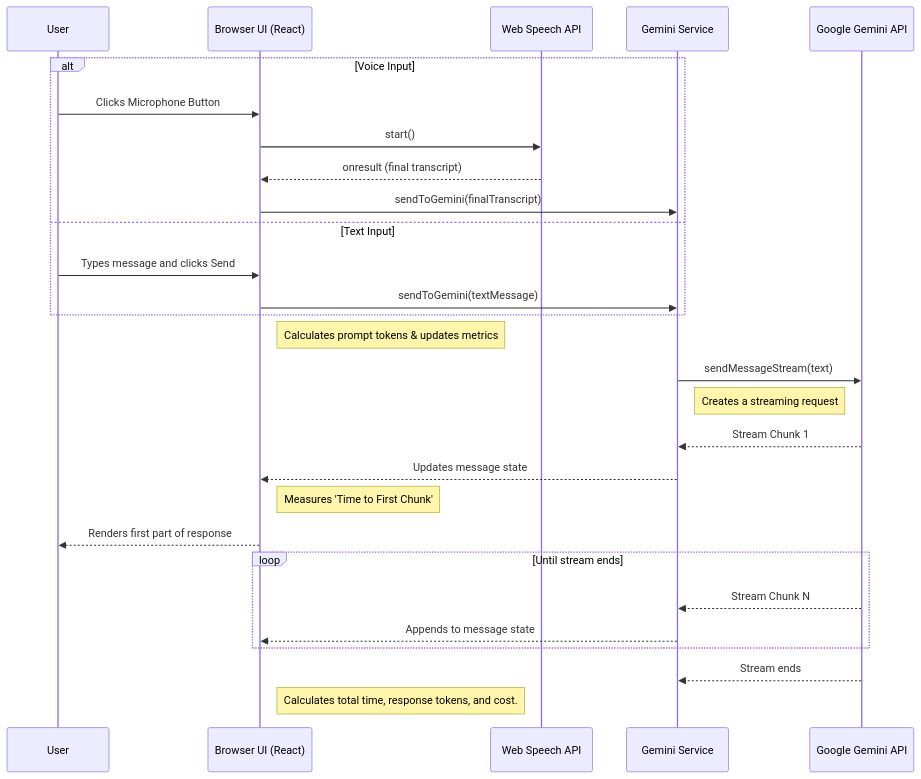
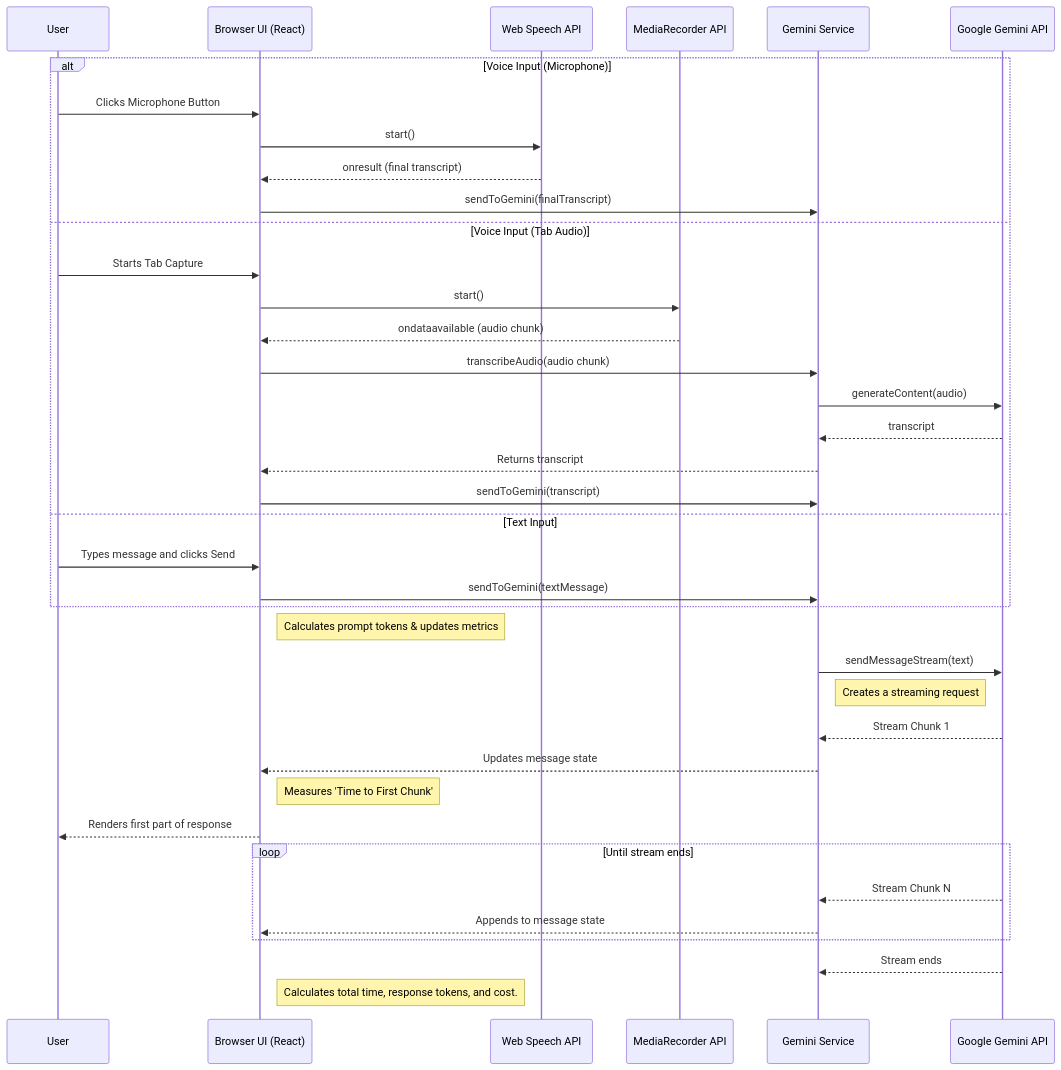
Before and after one commit to vamsi2577/Gemini-Real-time-voice-assistant: the diagram in docs/DOCUMENTATION.md, drawn with Mermaid. The commit also changed other lines of this file and 2 other files, not shown here.

````diff
--- a/docs/DOCUMENTATION.md
+++ b/docs/DOCUMENTATION.md
@@ -41,35 +43,45 @@
 ```mermaid
 sequenceDiagram
     participant User
     participant Browser UI (React)
     participant Web Speech API
+    participant MediaRecorder API
     participant Gemini Service
     participant Google Gemini API
 
-    alt Voice Input
+    alt Voice Input (Microphone)
         User->>Browser UI (React): Clicks Microphone Button
         Browser UI (React)->>Web Speech API: start()
         Web Speech API-->>Browser UI (React): onresult (final transcript)
         Browser UI (React)->>Gemini Service: sendToGemini(finalTranscript)
+    else Voice Input (Tab Audio)
+        User->>Browser UI (React): Starts Tab Capture
+        Browser UI (React)->>MediaRecorder API: start()
+        MediaRecorder API-->>Browser UI (React): ondataavailable (audio chunk)
+        Browser UI (React)->>Gemini Service: transcribeAudio(audio chunk)
+        Gemini Service->>Google Gemini API: generateContent(audio)
+        Google Gemini API-->>Gemini Service: transcript
+        Gemini Service-->>Browser UI (React): Returns transcript
+        Browser UI (React)->>Gemini Service: sendToGemini(transcript)
     else Text Input
         User->>Browser UI (React): Types message and clicks Send
         Browser UI (React)->>Gemini Service: sendToGemini(textMessage)
     end
     
     note right of Browser UI (React): Calculates prompt tokens & updates metrics
     Gemini Service->>Google Gemini API: sendMessageStream(text)
     note right of Gemini Service: Creates a streaming request
 
     Google Gemini API-->>Gemini Service: Stream Chunk 1
     Gemini Service-->>Browser UI (React): Updates message state
     note right of Browser UI (React): Measures 'Time to First Chunk'
     Browser UI (React)-->>User: Renders first part of response
 
     loop Until stream ends
         Google Gemini API-->>Gemini Service: Stream Chunk N
         Gemini Service-->>Browser UI (React): Appends to message state
     end
 
     Google Gemini API-->>Gemini Service: Stream ends
     note right of Browser UI (React): Calculates total time, response tokens, and cost.
 ```
````
